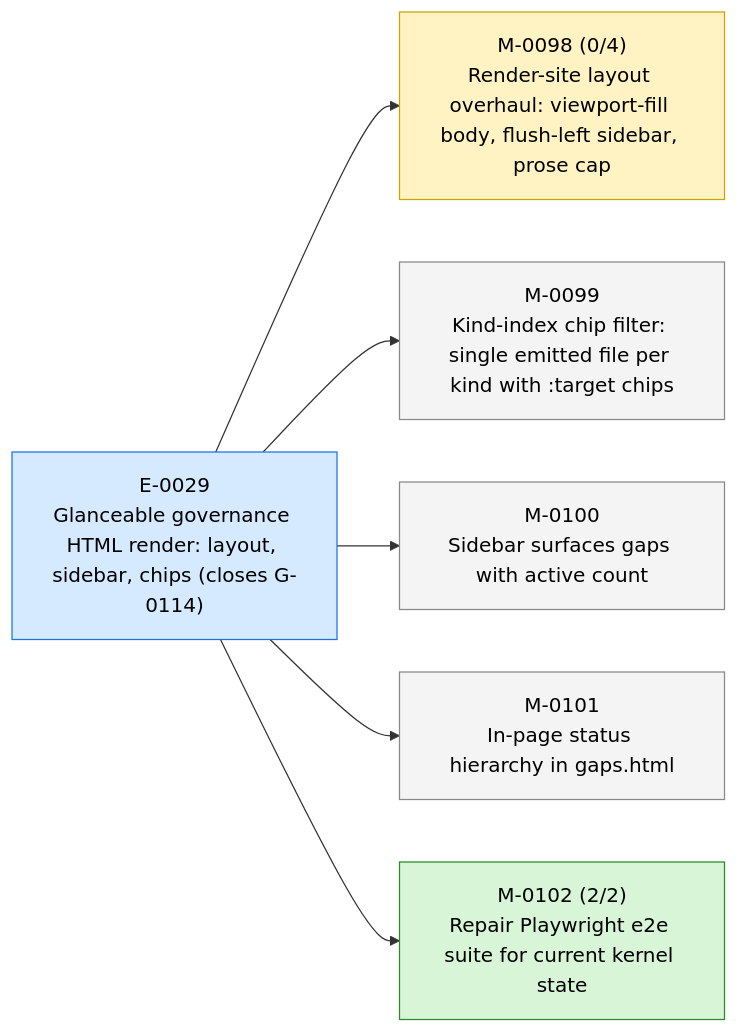
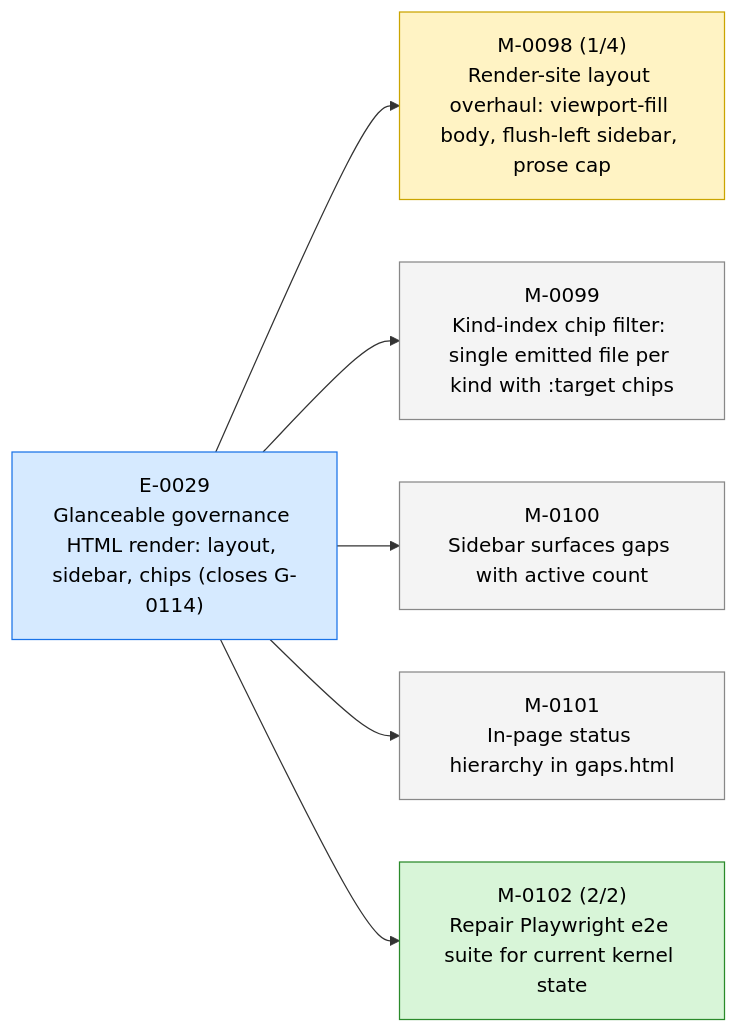
The first of 3 diagrams in STATUS.md (23min/aiwf), drawn with Mermaid before and after one commit. The commit also changed other lines of this file and 1 other file, not shown here.

````diff
--- a/STATUS.md
+++ b/STATUS.md
@@ -17,20 +17,20 @@
 ```mermaid
 flowchart LR
   E_0029["E-0029<br/>Glanceable governance HTML render: layout, sidebar, chips (closes G-0114)"]:::epic_active
-  M_0098["M-0098 (0/4)<br/>Render-site layout overhaul: viewport-fill body, flush-left sidebar, prose cap"]:::ms_in_progress
+  M_0098["M-0098 (1/4)<br/>Render-site layout overhaul: viewport-fill body, flush-left sidebar, prose cap"]:::ms_in_progress
   E_0029 --> M_0098
   M_0099["M-0099<br/>Kind-index chip filter: single emitted file per kind with :target chips"]:::ms_draft
   E_0029 --> M_0099
   M_0100["M-0100<br/>Sidebar surfaces gaps with active count"]:::ms_draft
   E_0029 --> M_0100
   M_0101["M-0101<br/>In-page status hierarchy in gaps.html"]:::ms_draft
   E_0029 --> M_0101
   M_0102["M-0102 (2/2)<br/>Repair Playwright e2e suite for current kernel state"]:::ms_done
   E_0029 --> M_0102
   classDef epic_active fill:#d6eaff,stroke:#1a73e8,color:#000
   classDef epic_proposed fill:#f4f4f4,stroke:#888,color:#000
   classDef ms_done fill:#d8f5d8,stroke:#2a8a2a,color:#000
   classDef ms_in_progress fill:#fff3c4,stroke:#caa400,color:#000
   classDef ms_draft fill:#f4f4f4,stroke:#888,color:#000
   classDef ms_cancelled fill:#fbeaea,stroke:#c33,color:#000
 ```
````
